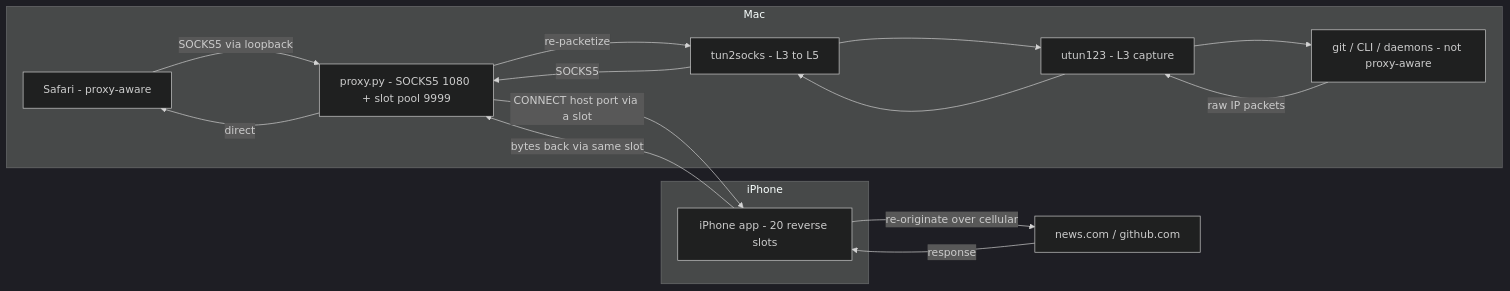
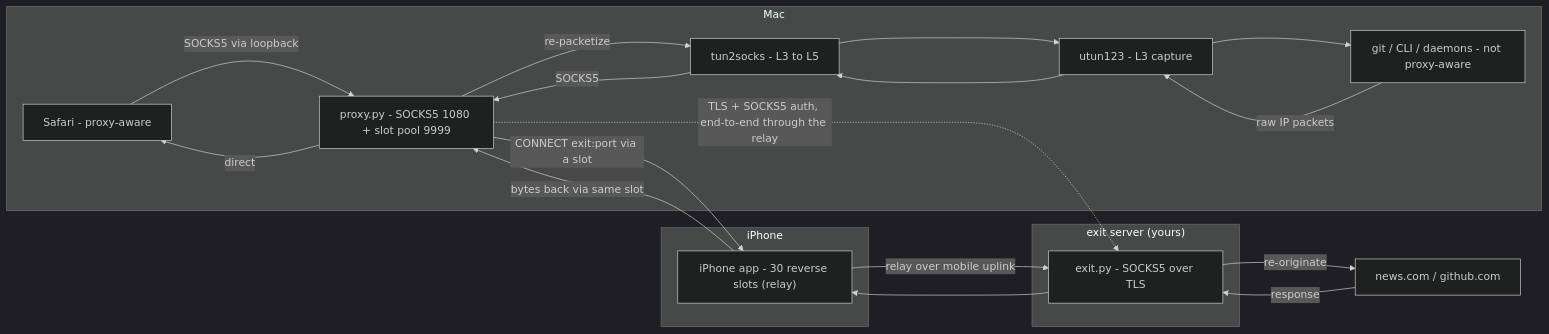
One commit to codereyinish/coldspot changed the diagram in docs/ARCHITECTURE.md. Above: the diagram before and after it, drawn with Mermaid (dark theme). The commit also changed other lines of this file and 19 other files, not shown here.

````diff
--- a/docs/ARCHITECTURE.md
+++ b/docs/ARCHITECTURE.md
@@ -35,27 +38,33 @@
 ```mermaid
 flowchart LR
     subgraph MAC["Mac"]
         Safari["Safari - proxy-aware"]
         CLI["git / CLI / daemons - not proxy-aware"]
         utun["utun123 - L3 capture"]
         t2s["tun2socks - L3 to L5"]
         proxy["proxy.py - SOCKS5 1080 + slot pool 9999"]
     end
     subgraph PHONE["iPhone"]
-        app["iPhone app - 20 reverse slots"]
+        app["iPhone app - 30 reverse slots (relay)"]
+    end
+    subgraph EXIT["exit server (yours)"]
+        ex["exit.py - SOCKS5 over TLS"]
     end
     NET["news.com / github.com"]
 
     Safari -->|SOCKS5 via loopback| proxy
     CLI -->|raw IP packets| utun
     utun --> t2s
     t2s -->|SOCKS5| proxy
-    proxy -->|CONNECT host port via a slot| app
-    app -->|re-originate over cellular| NET
-    NET -->|response| app
+    proxy -->|CONNECT exit:port via a slot| app
+    app -->|relay over mobile uplink| ex
+    proxy -. TLS + SOCKS5 auth, end-to-end through the relay .-> ex
+    ex -->|re-originate| NET
+    NET -->|response| ex
+    ex --> app
     app -->|bytes back via same slot| proxy
     proxy -->|direct| Safari
     proxy -->|re-packetize| t2s
     t2s --> utun
     utun --> CLI
 ```
````
